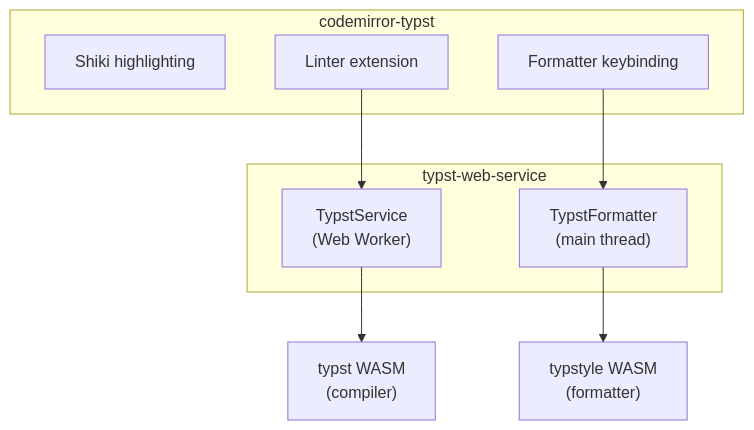
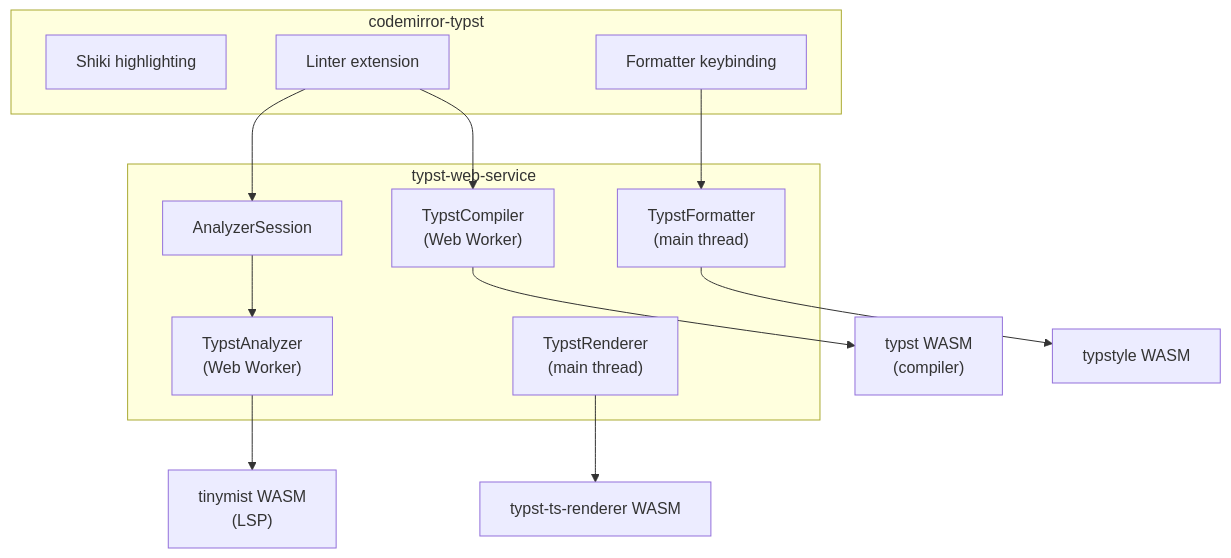
The diagram in README.md (vedivad/codemirror-typst-linter), drawn with Mermaid before and after one commit. The commit also changed other lines of this file, not shown here.

Commit message:
docs: update README to reflect TypstCompiler and TypstAnalyzer integration, enhance LSP diagnostics, and clarify service usage

````diff
--- a/README.md
+++ b/README.md
@@ -254,19 +302,26 @@
 ```mermaid
 graph TD
   subgraph "codemirror-typst"
     Shiki[Shiki highlighting]
     Linter[Linter extension]
-    Formatter[Formatter keybinding]
+    FmtExt[Formatter keybinding]
   end
 
   subgraph "typst-web-service"
-    TypstService["TypstService\n(Web Worker)"]
-    TypstFormatter["TypstFormatter\n(main thread)"]
+    Compiler["TypstCompiler\n(Web Worker)"]
+    Analyzer["TypstAnalyzer\n(Web Worker)"]
+    Renderer["TypstRenderer\n(main thread)"]
+    Formatter["TypstFormatter\n(main thread)"]
+    Session["AnalyzerSession"]
   end
 
-  Linter --> TypstService
-  Formatter --> TypstFormatter
+  Linter --> Compiler
+  Linter --> Session
+  Session --> Analyzer
+  FmtExt --> Formatter
 
-  TypstService --> TypstWASM["typst WASM\n(compiler)"]
-  TypstFormatter --> TypstyleWASM["typstyle WASM\n(formatter)"]
+  Compiler --> TypstWASM["typst WASM\n(compiler)"]
+  Analyzer --> TinymistWASM["tinymist WASM\n(LSP)"]
+  Renderer --> RendererWASM["typst-ts-renderer WASM"]
+  Formatter --> TypstyleWASM["typstyle WASM"]
 ```
````
